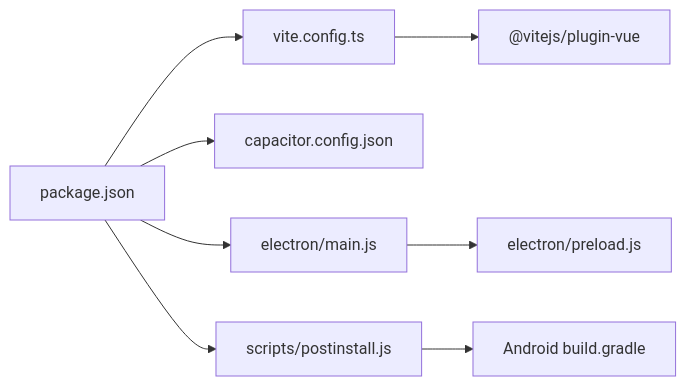
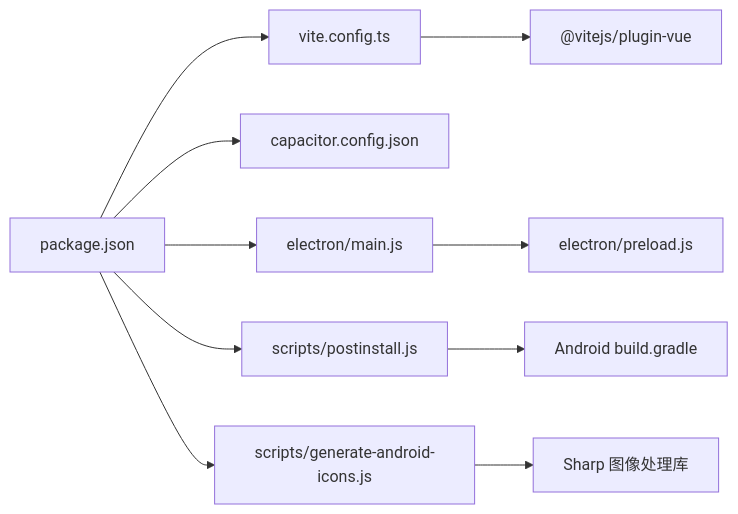
The eighth of 8 diagrams in .qoder/repowiki/zh/content/跨平台支持/构建脚本与自动化.md (xiao-lin-unit/yuan), drawn with Mermaid before and after one commit. The commit also changed other lines of this file and 11 other files, not shown here.

````diff
--- a/.qoder/repowiki/zh/content/跨平台支持/构建脚本与自动化.md
+++ b/.qoder/repowiki/zh/content/跨平台支持/构建脚本与自动化.md
@@ -282,10 +356,12 @@
 ```mermaid
 graph LR
 Pkg["package.json"] --> ViteCfg["vite.config.ts"]
 Pkg --> CapCfg["capacitor.config.json"]
 Pkg --> EMain["electron/main.js"]
 Pkg --> Post["scripts/postinstall.js"]
+Pkg --> Icons["scripts/generate-android-icons.js"]
 ViteCfg --> VuePlugin["@vitejs/plugin-vue"]
 Post --> Gradle["Android build.gradle"]
+Icons --> Sharp["Sharp 图像处理库"]
 EMain --> EPreload["electron/preload.js"]
 ```
````
